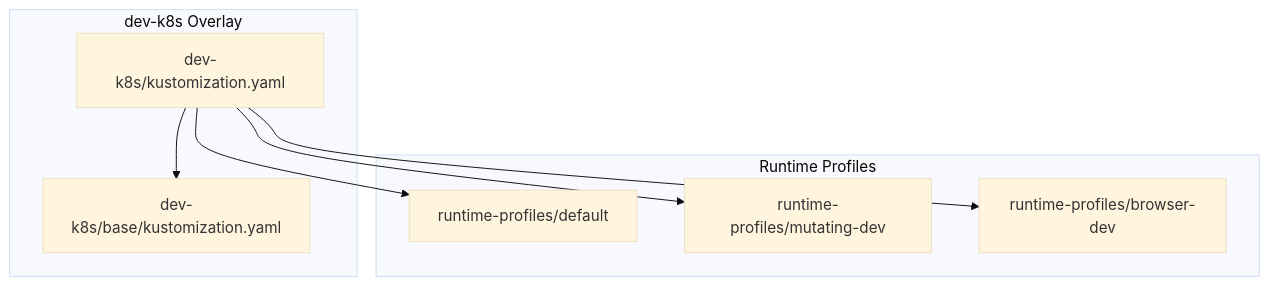
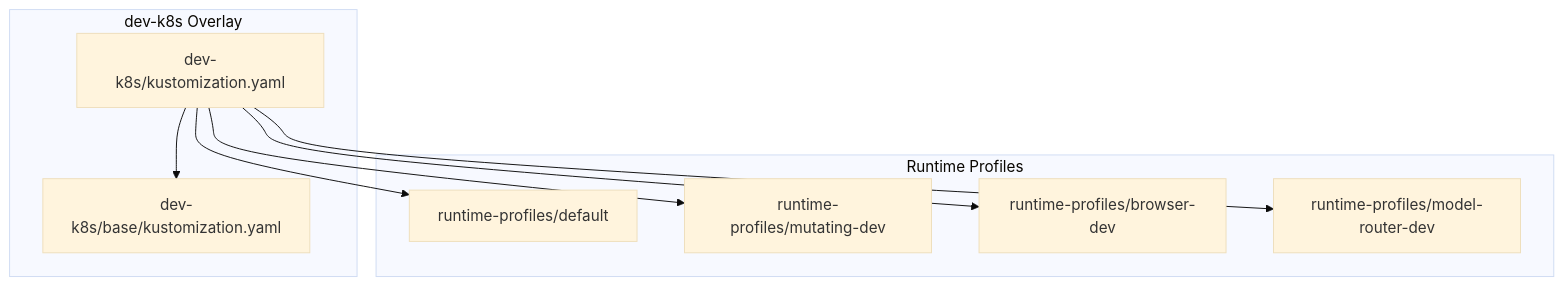
One commit to metasync/luban-aiops changed the first of 5 diagrams in .qoder/repowiki/en/content/Development Guide/Build System and Deployment Automation/GitOps Deployment with Kustomize/GitOps Deployment with Kustomize.md. Above: the diagram before and after it, drawn with Mermaid (base theme). The commit also changed other lines of this file and 23 other files, not shown here.

````diff
--- a/.qoder/repowiki/en/content/Development Guide/Build System and Deployment Automation/GitOps Deployment with Kustomize/GitOps Deployment with Kustomize.md
+++ b/.qoder/repowiki/en/content/Development Guide/Build System and Deployment Automation/GitOps Deployment with Kustomize/GitOps Deployment with Kustomize.md
@@ -47,16 +50,18 @@
 ```mermaid
 graph TB
 subgraph "dev-k8s Overlay"
 D["dev-k8s/kustomization.yaml"]
 B["dev-k8s/base/kustomization.yaml"]
 end
 subgraph "Runtime Profiles"
 R1["runtime-profiles/default"]
 R2["runtime-profiles/mutating-dev"]
 R3["runtime-profiles/browser-dev"]
+R4["runtime-profiles/model-router-dev"]
 end
 D --> B
 D --> R1
 D --> R2
 D --> R3
+D --> R4
 ```
````
